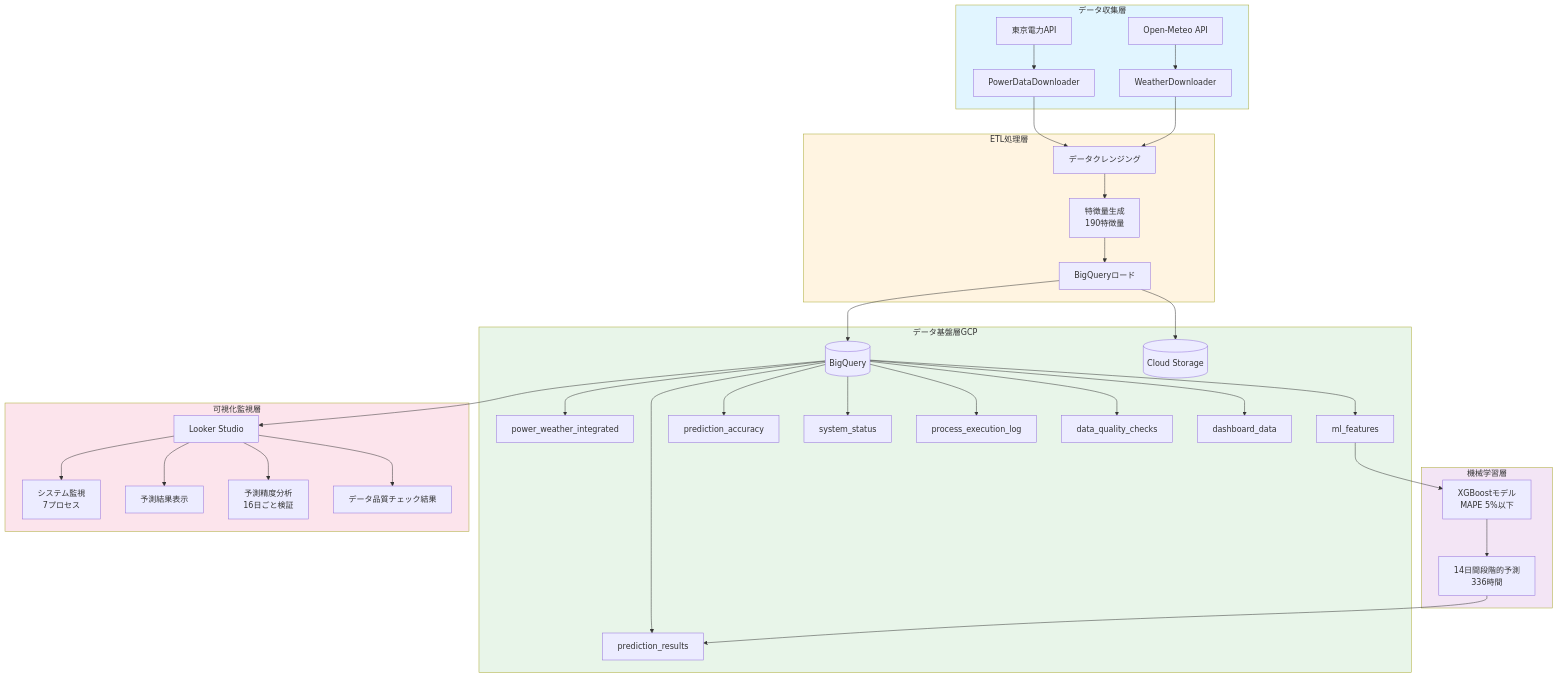
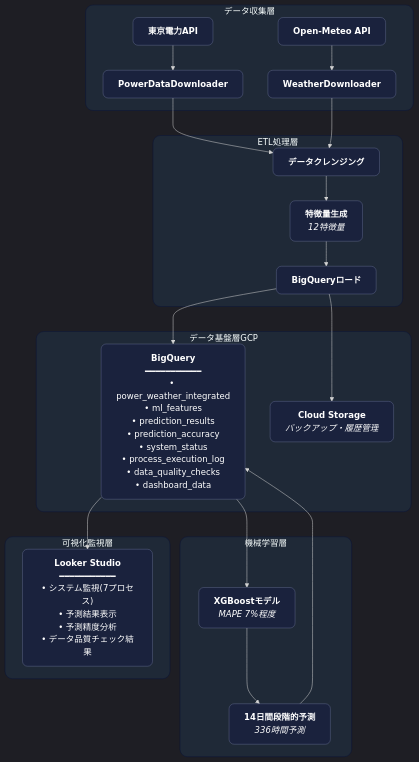
Before and after one commit to tetsufumi-isa/energy-data-platform: the diagram in README.md, drawn with Mermaid. The commit also changed other lines of this file, not shown here.

````diff
--- a/README.md
+++ b/README.md
@@ -48,47 +47,66 @@
 ```mermaid
+%%{
+  init: {
+    'theme':'dark',
+    'themeVariables': {
+      'fontSize':'17px',
+      'fontFamily':'Arial',
+      'clusterBkg':'#1f2937',
+      'clusterBorder':'#0b163a',
+      'labelTextColor':'#ffffff'
+    }
+  }
+}%%
 graph TB
     subgraph データ収集層
-        A1[東京電力API] --> B1[PowerDataDownloader]
-        A2[Open-Meteo API] --> B2[WeatherDownloader]
+        A1["<b>東京電力API</b>"]
+        A2["<b>Open-Meteo API</b>"]
+        A1 --> B1["<b>PowerDataDownloader</b>"]
+        A2 --> B2["<b>WeatherDownloader</b>"]
     end
 
     subgraph ETL処理層
-        B1 --> C1[データクレンジング]
-        B2 --> C1
-        C1 --> C2[特徴量生成<br/>190特徴量]
-        C2 --> C3[BigQueryロード]
+        C1["<b>データクレンジング</b>"]
+        C2["<b>特徴量生成</b><br/><i>12特徴量</i>"]
+        C3["<b>BigQueryロード</b>"]
+        C1 --> C2
+        C2 --> C3
     end
 
+    B1 --> C1
+    B2 --> C1
+
     subgraph データ基盤層GCP
-        C3 --> D1[(BigQuery)]
-        C3 --> D2[(Cloud Storage)]
-        D1 --> D1a[power_weather_integrated]
-        D1 --> D1b[ml_features]
-        D1 --> D1c[prediction_results]
-        D1 --> D1d[prediction_accuracy]
-        D1 --> D1e[system_status]
-        D1 --> D1f[process_execution_log]
-        D1 --> D1g[data_quality_checks]
-        D1 --> D1h[dashboard_data]
+        D1["<b>BigQuery</b><br/>━━━━━━━━━━━<br/>• power_weather_integrated<br/>• ml_features<br/>• prediction_results<br/>• prediction_accuracy<br/>• system_status<br/>• process_execution_log<br/>• data_quality_checks<br/>• dashboard_data"]
+        D2["<b>Cloud Storage</b><br/><i>バックアップ・履歴管理</i>"]
     end
 
+    C3 --> D1
+    C3 --> D2
+
     subgraph 機械学習層
-        D1b --> E1[XGBoostモデル<br/>MAPE 5%以下]
-        E1 --> E2[14日間段階的予測<br/>336時間]
-        E2 --> D1c
+        E1["<b>XGBoostモデル</b><br/><i>MAPE 7%程度</i>"]
+        E2["<b>14日間段階的予測</b><br/><i>336時間予測</i>"]
+        E1 --> E2
+        E2 --> D1
     end
 
+    D1 --> E1
+
     subgraph 可視化監視層
-        D1 --> F1[Looker Studio]
-        F1 --> F1a[システム監視<br/>7プロセス]
-        F1 --> F1b[予測結果表示]
-        F1 --> F1c[予測精度分析<br/>16日ごと検証]
-        F1 --> F1d[データ品質チェック結果]
+        F1["<b>Looker Studio</b><br/>━━━━━━━━━━━<br/>• システム監視(7プロセス)<br/>• 予測結果表示<br/>• 予測精度分析<br/>• データ品質チェック結果"]
     end
 
-    style データ収集層 fill:#e1f5ff
-    style ETL処理層 fill:#fff4e1
-    style データ基盤層GCP fill:#e8f5e9
-    style 機械学習層 fill:#f3e5f5
-    style 可視化監視層 fill:#fce4ec
+    D1 --> F1
+
+    classDef defaultStyle fill:#1a223d,stroke:#9fa8da,stroke-width:0.5px,color:#fff,rx:10,ry:10
+    classDef clusterStyle rx:15,ry:15
+
+    class A1,A2,B1,B2,C1,C2,C3,D1,D2,E1,E2,F1 defaultStyle
+
+    style データ収集層 rx:15,ry:15
+    style ETL処理層 rx:15,ry:15
+    style データ基盤層GCP rx:15,ry:15
+    style 機械学習層 rx:15,ry:15
+    style 可視化監視層 rx:15,ry:15
 ```
````
